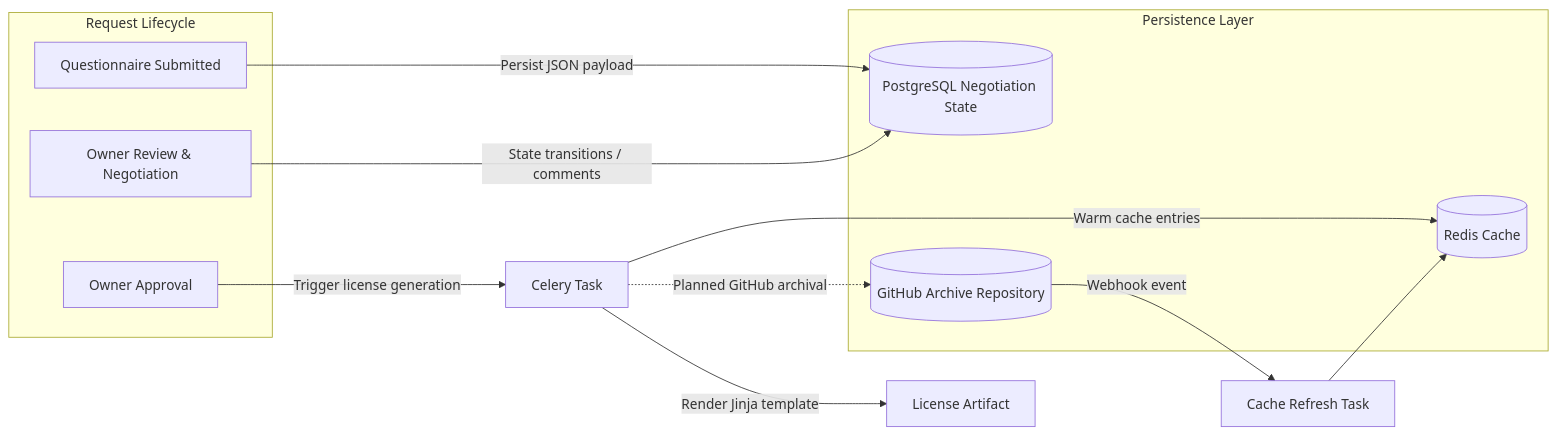
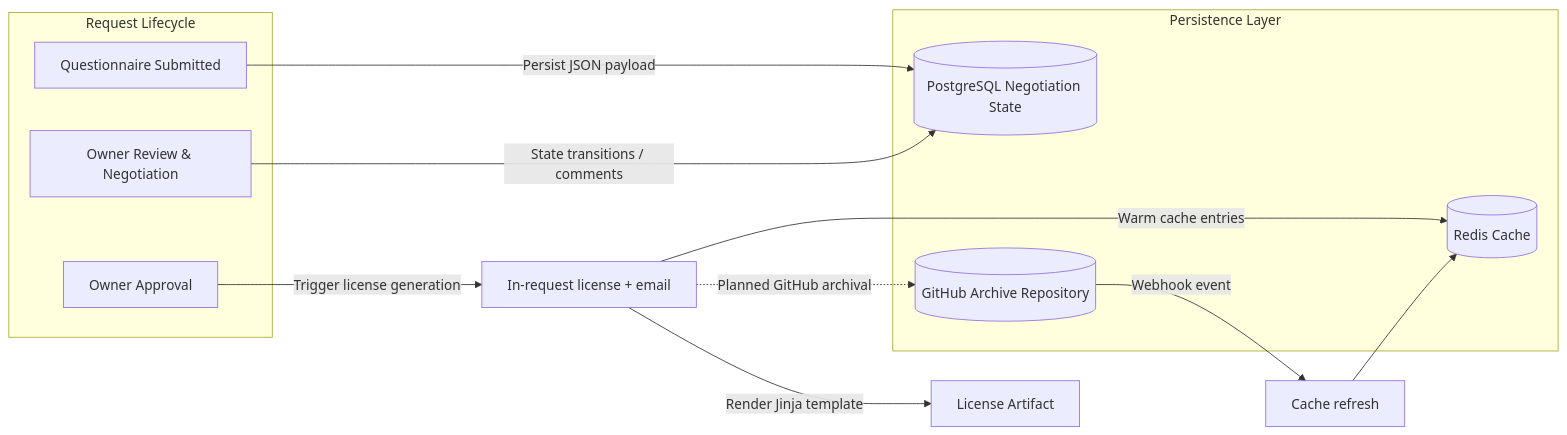
The fourth of 5 diagrams in docs/cache-architecture.md (ClimateSmartAgCollab/DRT_Design_Document), drawn with Mermaid before and after one commit. The commit also changed other lines of this file and 4 other files, not shown here.

````diff
--- a/docs/cache-architecture.md
+++ b/docs/cache-architecture.md
@@ -124,23 +119,23 @@
 ```mermaid
 graph LR
     subgraph Request Lifecycle
         QStart[Questionnaire Submitted]
         Review[Owner Review & Negotiation]
         Approve[Owner Approval]
     end
 
     subgraph Persistence Layer
         PG[(PostgreSQL Negotiation State)]
         GH[(GitHub Archive Repository)]
         Redis[(Redis Cache)]
     end
 
     QStart -->|Persist JSON payload| PG
     Review -->|State transitions / comments| PG
-    Approve -->|Trigger license generation| CeleryTask[Celery Task]
-    CeleryTask -->|Render Jinja template| License[License Artifact]
-    CeleryTask -. Planned GitHub archival .-> GH
-    CeleryTask -->|Warm cache entries| Redis
-    GH -->|Webhook event| CacheRefresh[Cache Refresh Task]
+    Approve -->|Trigger license generation| LicenseTask[In-request license + email]
+    LicenseTask -->|Render Jinja template| License[License Artifact]
+    LicenseTask -. Planned GitHub archival .-> GH
+    LicenseTask -->|Warm cache entries| Redis
+    GH -->|Webhook event| CacheRefresh[Cache refresh]
     CacheRefresh --> Redis
 ```
````
